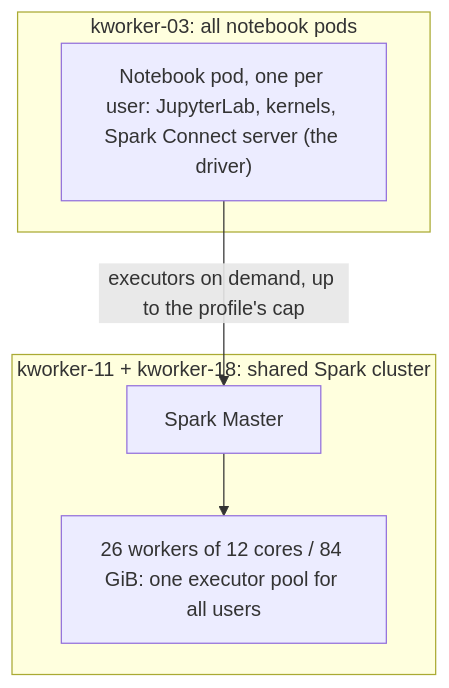
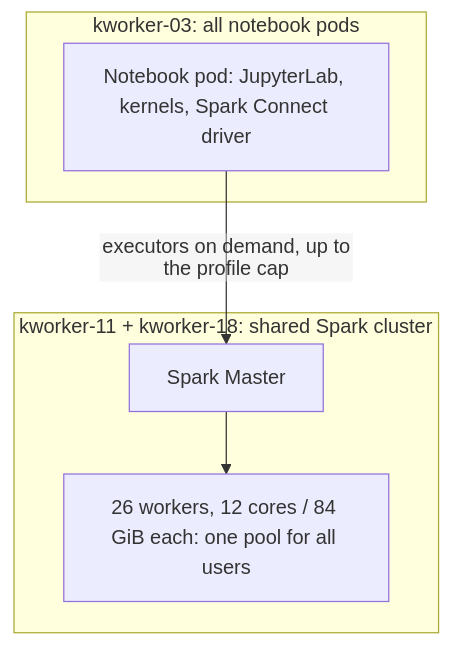
Before and after one commit to KBaseDataLakehouse/berdl_docs: the diagram in infrastructure/cpu_ram_capacity_analysis.md, drawn with Mermaid. The commit also changed other lines of this file, not shown here.

Commit message:
Render the workload diagram's labels as SVG text and state the pool's burst capacity in cores

````diff
--- a/infrastructure/cpu_ram_capacity_analysis.md
+++ b/infrastructure/cpu_ram_capacity_analysis.md
@@ -29,12 +29,13 @@
 ```mermaid
+%%{init: {"flowchart": {"htmlLabels": false, "nodeSpacing": 40, "rankSpacing": 50}}}%%
 flowchart TB
     subgraph nb["kworker-03: all notebook pods"]
-        pod["Notebook pod, one per user: JupyterLab, kernels, Spark Connect server (the driver)"]
+        pod["Notebook pod: JupyterLab, kernels, Spark Connect driver"]
     end
     subgraph sc["kworker-11 + kworker-18: shared Spark cluster"]
         master["Spark Master"]
-        workers["26 workers of 12 cores / 84 GiB: one executor pool for all users"]
+        workers["26 workers, 12 cores / 84 GiB each: one pool for all users"]
         master --> workers
     end
-    pod -- "executors on demand, up to the profile's cap" --> master
+    pod -- "executors on demand, up to the profile cap" --> master
 ```
````
